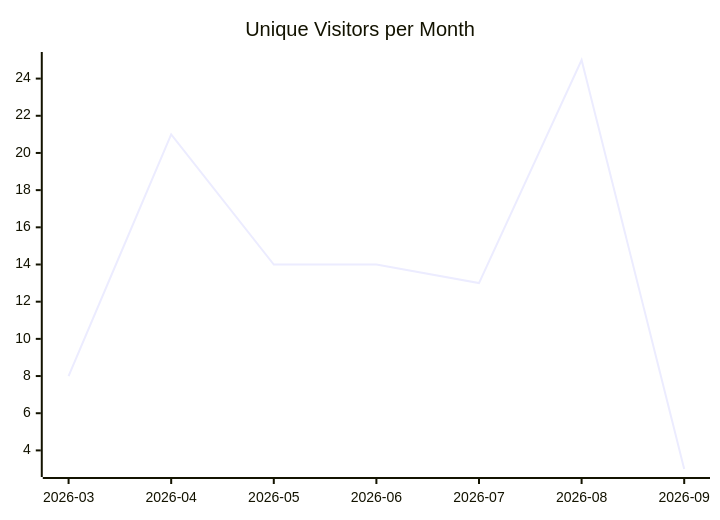
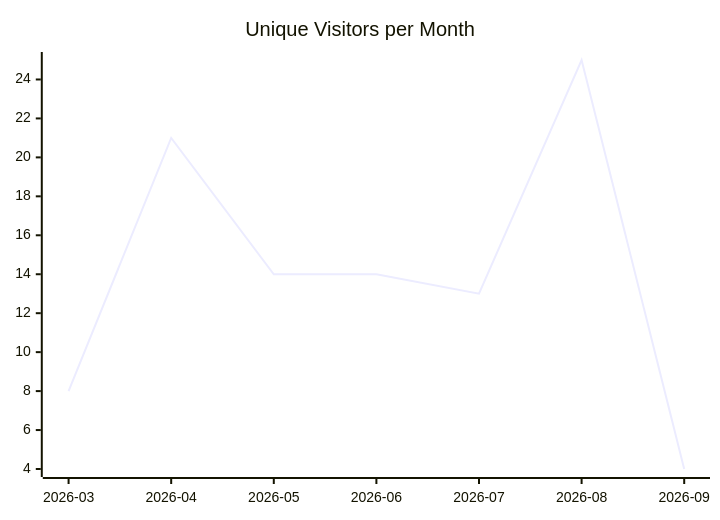
Before and after one commit to justdavis-family/github-analytics-data: the first of 3 diagrams in karlmdavis/ksoap2-android/README.md, drawn with Mermaid. The commit also changed other lines of this file and 187 other files, not shown here.

````diff
--- a/karlmdavis/ksoap2-android/README.md
+++ b/karlmdavis/ksoap2-android/README.md
@@ -5,6 +5,6 @@
 ```mermaid
 xychart-beta
   title "Unique Visitors per Month"
   x-axis ["2026-03", "2026-04", "2026-05", "2026-06", "2026-07", "2026-08", "2026-09"]
-  line [8, 21, 14, 14, 13, 25, 3]
+  line [8, 21, 14, 14, 13, 25, 4]
 ```
````
